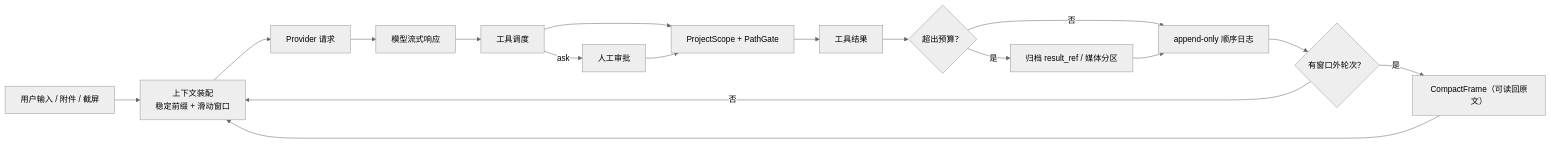
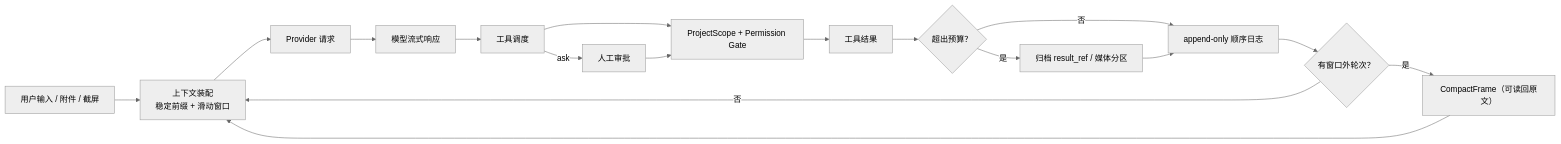
Before and after one commit to RedHuang-0622/seelex: the fourth of 4 diagrams in README.md, drawn with Mermaid (neutral theme). The commit also changed other lines of this file and 16 other files, not shown here.

First line of the commit message:
refactor(core,seelebridge,docs): 死代码第 1 轮——删零消费者条目 + 退场无调用点的 PathGate（阶段三 W4）

````diff
--- a/README.md
+++ b/README.md
@@ -203,19 +203,19 @@
 ```mermaid
 flowchart LR
     IN["用户输入 / 附件 / 截屏"] --> ASM["上下文装配<br/>稳定前缀 + 滑动窗口"]
     ASM --> REQ["Provider 请求"]
     REQ --> MODEL["模型流式响应"]
     MODEL --> DISP["工具调度"]
     DISP -->|ask| APV["人工审批"]
-    DISP --> SCOPE["ProjectScope + PathGate"]
+    DISP --> SCOPE["ProjectScope + Permission Gate"]
     APV --> SCOPE
     SCOPE --> TOOLR["工具结果"]
     TOOLR --> BIG{"超出预算？"}
     BIG -->|是| ARCH["归档 result_ref / 媒体分区"]
     BIG -->|否| HIST["append-only 顺序日志"]
     ARCH --> HIST
     HIST --> WIN{"有窗口外轮次？"}
     WIN -->|是| FRAME["CompactFrame（可读回原文）"]
     WIN -->|否| ASM
     FRAME --> ASM
 ```
````
